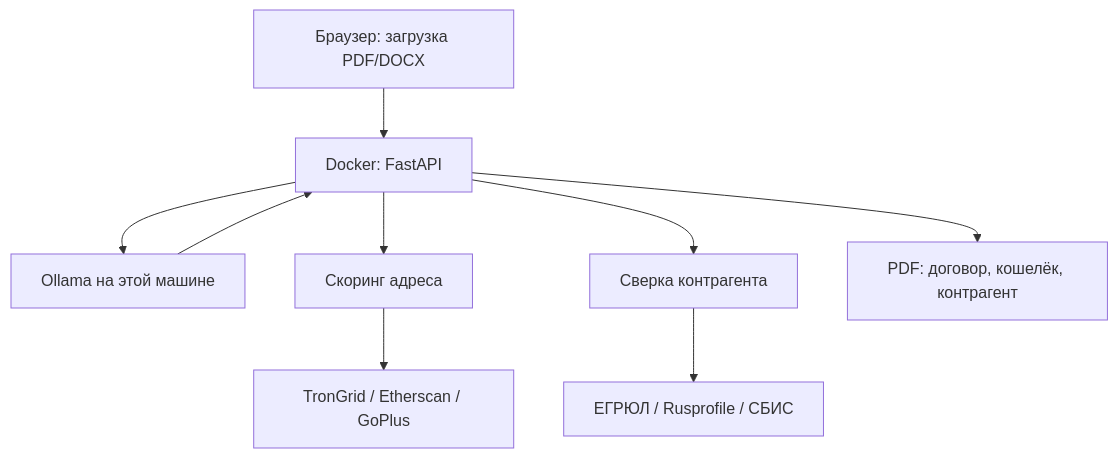
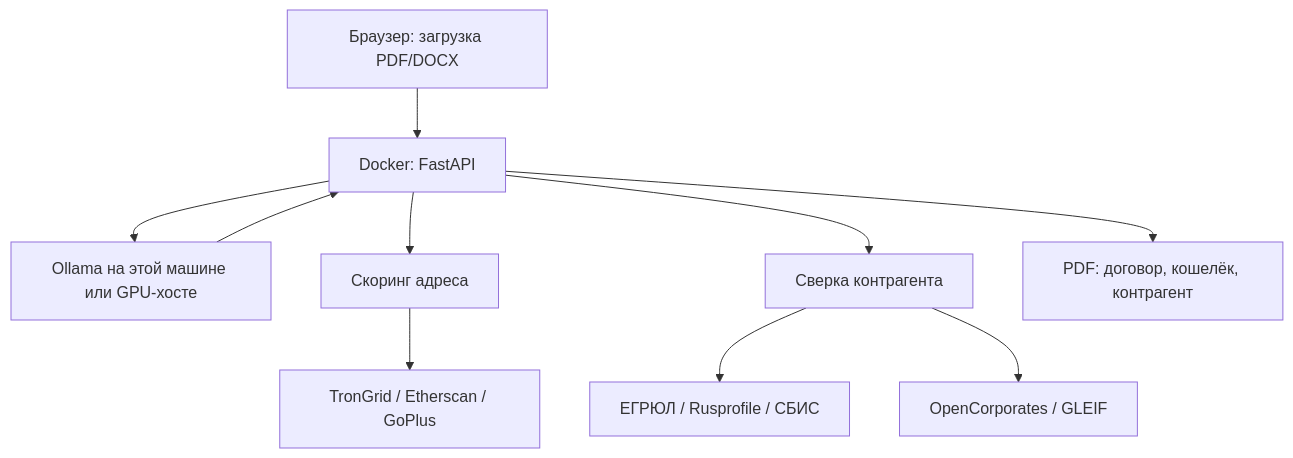
The diagram in docs/ARCHITECTURE.md (NikitaMok/LexCryptoAI), drawn with Mermaid before and after one commit. The commit also changed other lines of this file and 26 other files, not shown here.

````diff
--- a/docs/ARCHITECTURE.md
+++ b/docs/ARCHITECTURE.md
@@ -30,11 +32,12 @@
 ```mermaid
 flowchart TD
     User[Браузер: загрузка PDF/DOCX] --> App[Docker: FastAPI]
-    App --> Local[Ollama на этой машине]
+    App --> Local[Ollama на этой машине или GPU-хосте]
     Local --> App
     App --> Wallet[Скоринг адреса]
     App --> Entity[Сверка контрагента]
     Wallet --> RPC[TronGrid / Etherscan / GoPlus]
     Entity --> EGRUL[ЕГРЮЛ / Rusprofile / СБИС]
+    Entity --> Foreign[OpenCorporates / GLEIF]
     App --> PDF[PDF: договор, кошелёк, контрагент]
 ```
````
